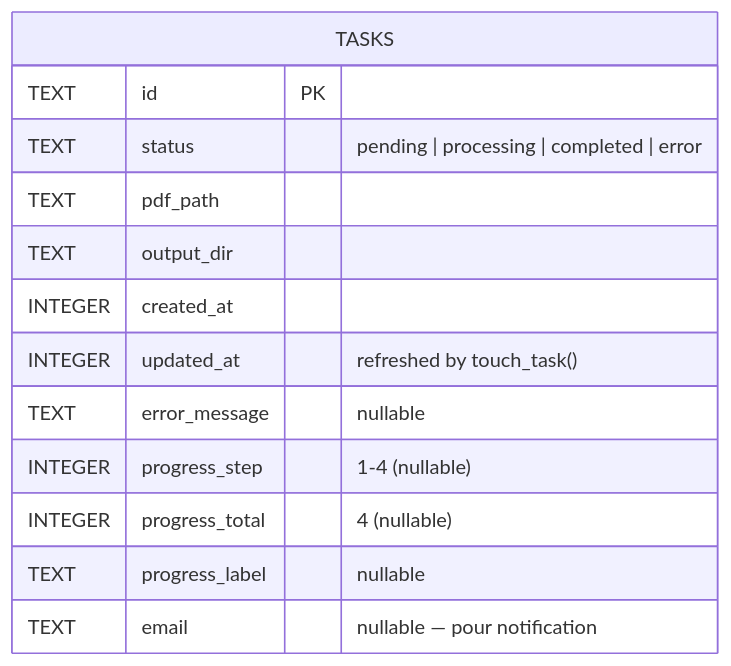
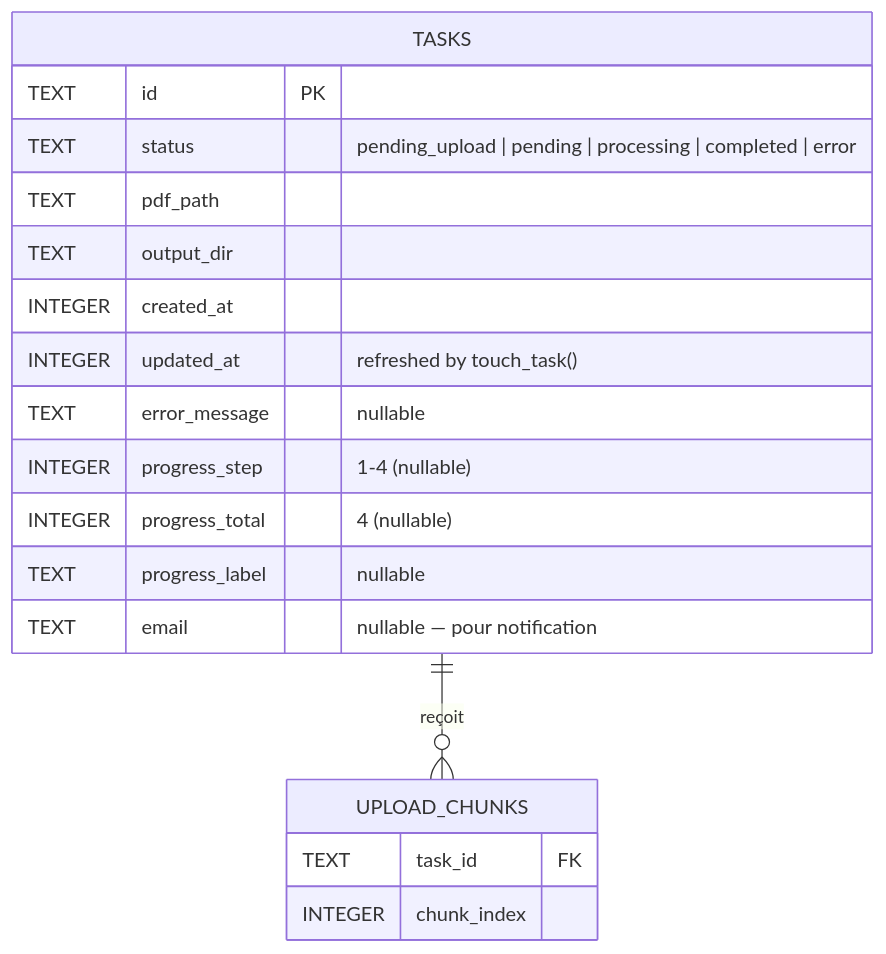
Before and after one commit to CRH-EHESS/Histoolbox: the sixth of 7 diagrams in ARCHITECTURE.md, drawn with Mermaid. The commit also changed other lines of this file and 9 other files, not shown here.

First line of the commit message:
✨ feat: upload PDF par chunks de 5 Mo (frontend & API)

````diff
--- a/ARCHITECTURE.md
+++ b/ARCHITECTURE.md
@@ -248,16 +254,21 @@
 ```mermaid
 erDiagram
     TASKS {
         TEXT id PK
-        TEXT status "pending | processing | completed | error"
+        TEXT status "pending_upload | pending | processing | completed | error"
         TEXT pdf_path
         TEXT output_dir
         INTEGER created_at
         INTEGER updated_at "refreshed by touch_task()"
         TEXT error_message "nullable"
         INTEGER progress_step "1-4 (nullable)"
         INTEGER progress_total "4 (nullable)"
         TEXT progress_label "nullable"
         TEXT email "nullable — pour notification"
     }
+    UPLOAD_CHUNKS {
+        TEXT task_id FK
+        INTEGER chunk_index
+    }
+    TASKS ||--o{ UPLOAD_CHUNKS : "reçoit"
 ```
````
